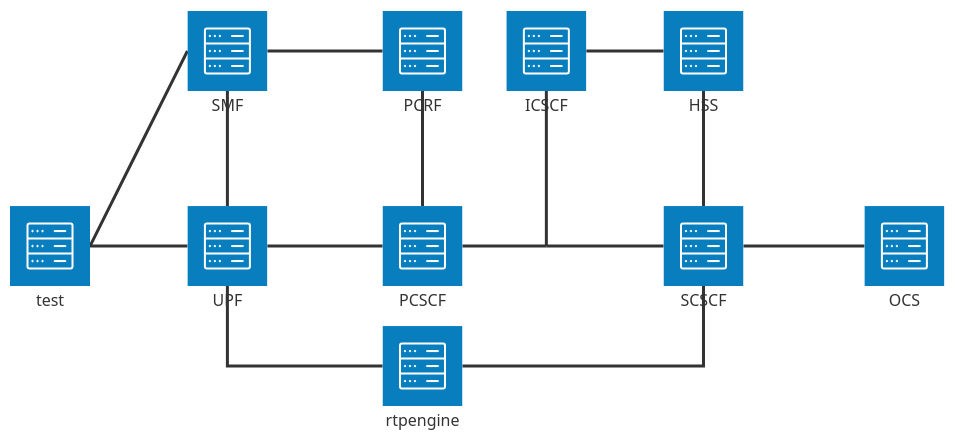
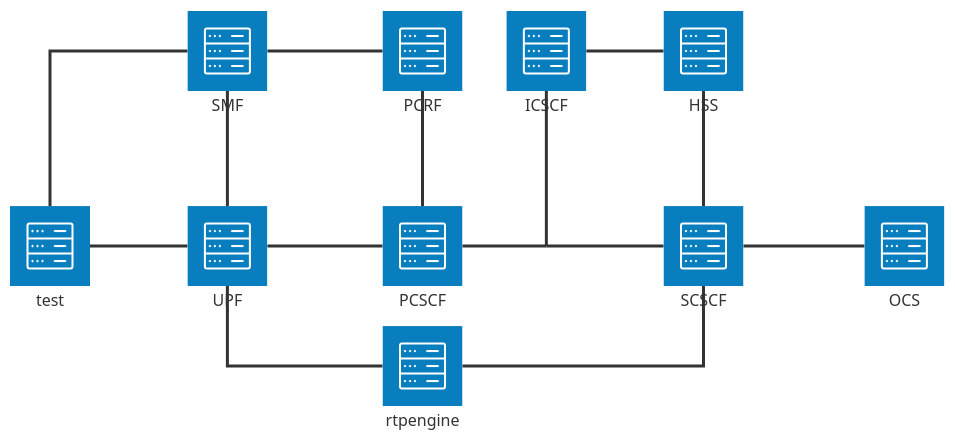
The diagram in README.md (lyatanski/ims), drawn with Mermaid before and after one commit.

Commit message:
Update architecture diagram style

````diff
--- a/README.md
+++ b/README.md
@@ -4,33 +4,33 @@
 ```mermaid
 ---
 title: Architecture
 ---
 architecture-beta
 
     service test(server)[test]
     service smf(server)[SMF]
     service upf(server)[UPF]
     service hss(server)[HSS]
     service pcrf(server)[PCRF]
     service pcscf(server)[PCSCF]
     service icscf(server)[ICSCF]
     service scscf(server)[SCSCF]
     service rtp(server)[rtpengine]
     service ocs(server)[OCS]
     junction Mw
 
-    test:R -- L:smf
+    test:T -- L:smf
     test:R -- L:upf
     smf:B -- T:upf
     smf:R -- L:pcrf
     pcrf:B -- T:pcscf
     upf:R -- L:pcscf
     upf:B -- L:rtp
     icscf:R -- L:hss
     scscf:T -- B:hss
     scscf:R -- L:ocs
     pcscf:R -- L:Mw
     icscf:B -- T:Mw
     scscf:L -- R:Mw
     scscf:B -- R:rtp
 ```
````
